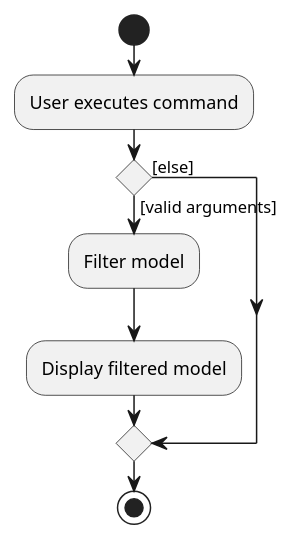
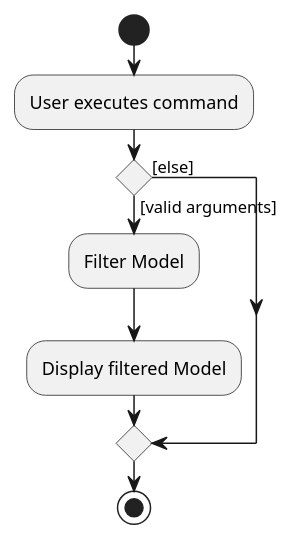
One commit to vishandi/tp changed the diagram in docs/diagrams/FreeScheduleActivityDiagram.puml. Above: the diagram before and after it, drawn with PlantUML. The commit also changed 1 other file, not shown here.

Commit message:
Capitalize model

```diff
--- a/docs/diagrams/FreeScheduleActivityDiagram.puml
+++ b/docs/diagrams/FreeScheduleActivityDiagram.puml
@@ -1,12 +1,12 @@
 @startuml
 start
 :User executes command;
 
 if () then ([valid arguments])
-    :Filter model;
-    :Display filtered model;
+    :Filter Model;
+    :Display filtered Model;
 else ([else])
 
 endif
 stop
 @enduml
```
